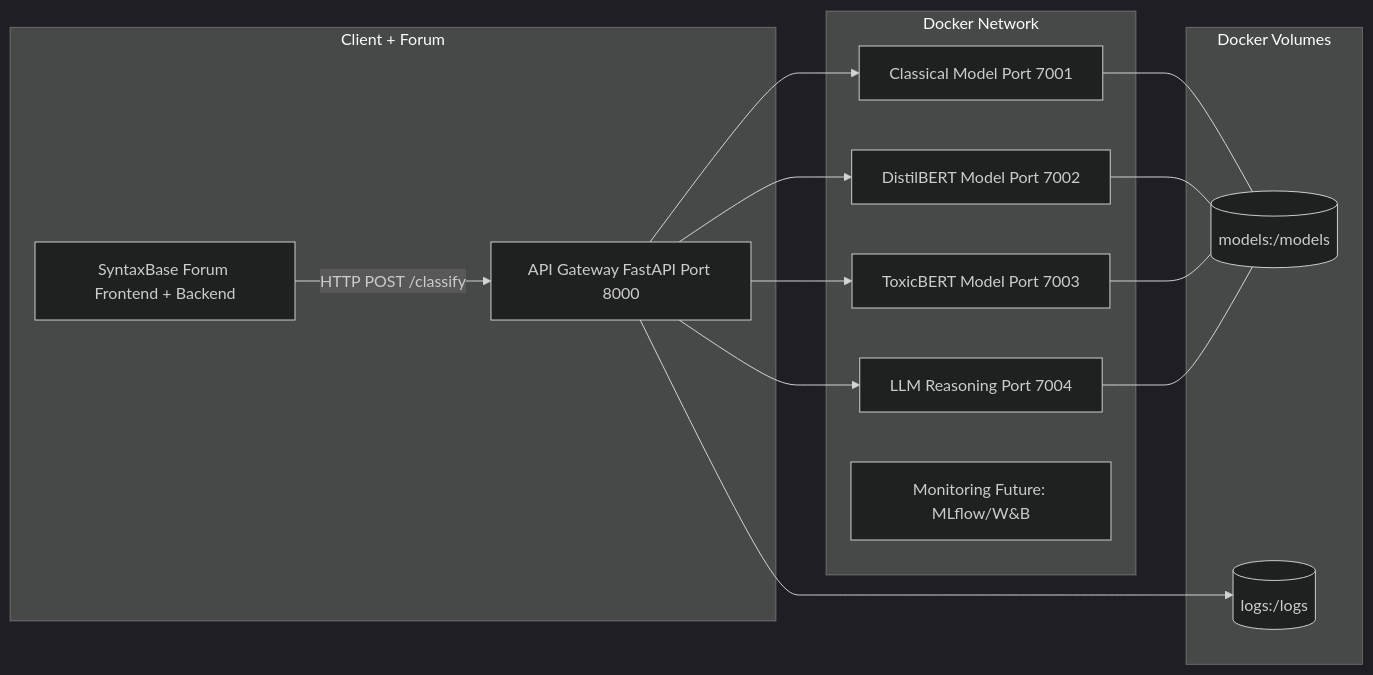
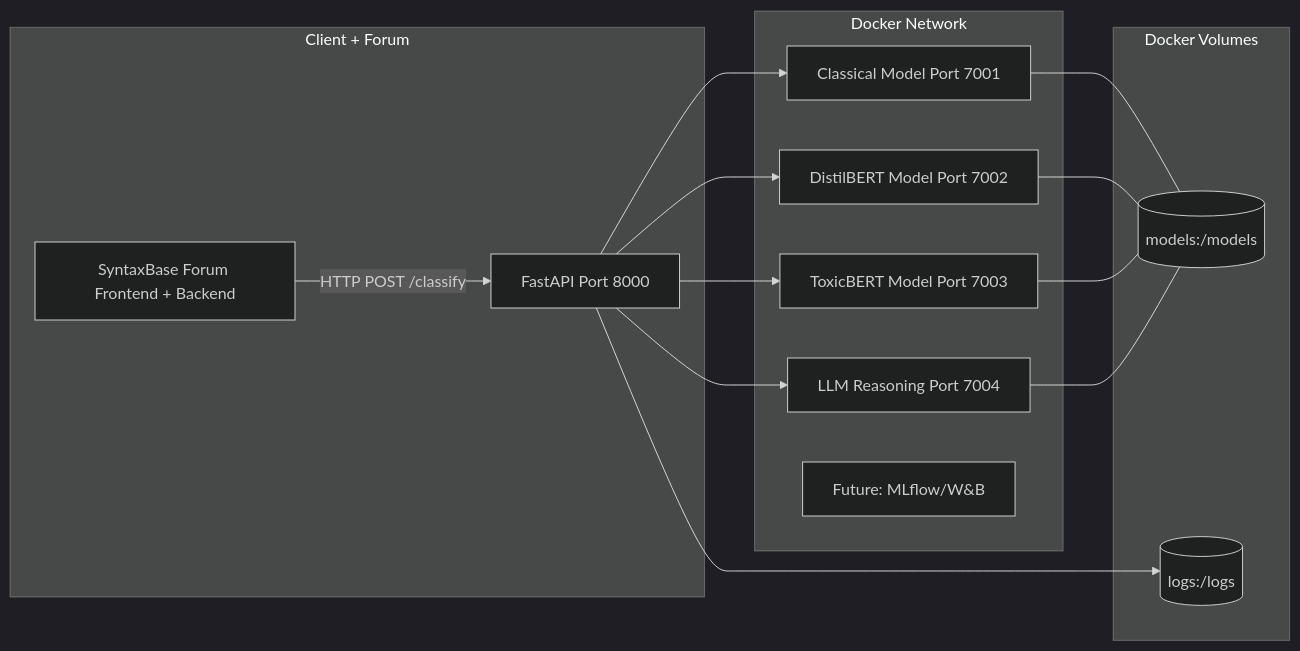
Before and after one commit to ismiljanic/SyntaxBase-moderation-microservice: the fourth of 5 diagrams in docs/architecture.md, drawn with Mermaid (dark theme). The commit also changed other lines of this file and 2 other files, not shown here.

````diff
--- a/docs/architecture.md
+++ b/docs/architecture.md
@@ -138,33 +138,33 @@
 ```mermaid 
 graph LR
 
     subgraph UserFacing[Client + Forum]
         FORUM[SyntaxBase Forum Frontend + Backend]
         FORUM -->|HTTP POST /classify| API
     end
 
     subgraph Network[Docker Network]
-        API[API Gateway FastAPI Port 8000]
+        API[FastAPI Port 8000]
         CLASSICAL[Classical Model Port 7001]
         BERT[DistilBERT Model Port 7002]
         TOXIC[ToxicBERT Model Port 7003]
         LLM[LLM Reasoning Port 7004]
-        MON[Monitoring Future: MLflow/W&B]
+        MON[Future: MLflow/W&B]
     end
 
     subgraph Volumes[Docker Volumes]
         V1[(models:/models)]
         V2[(logs:/logs)]
     end
 
     API --> CLASSICAL
     API --> BERT
     API --> TOXIC
     API --> LLM
 
     CLASSICAL --- V1
     BERT --- V1
     TOXIC --- V1
     LLM --- V1
     API --> V2
 ```
````
